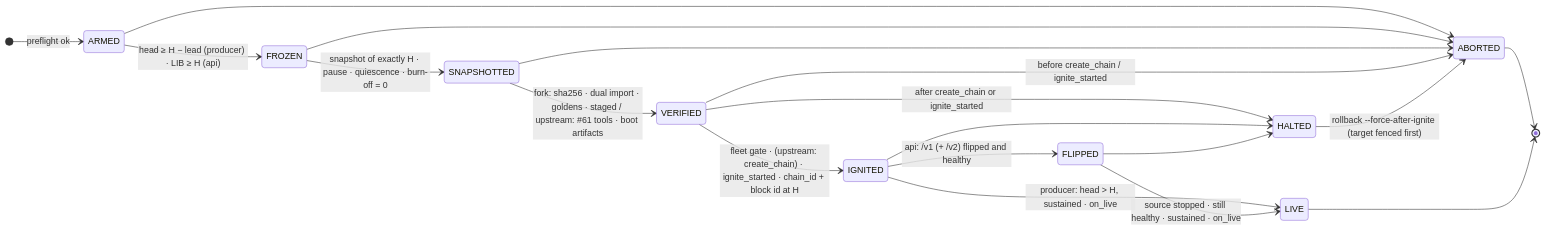
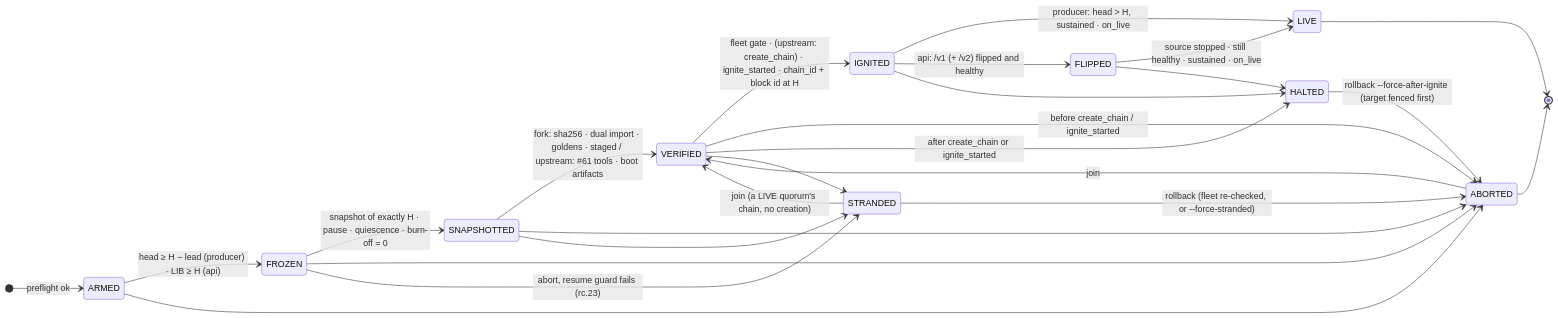
The diagram in docs/DESIGN.md (paulgnz/pulse-cutover), drawn with Mermaid before and after one commit. The commit also changed other lines of this file and 26 other files, not shown here.

````diff
--- a/docs/DESIGN.md
+++ b/docs/DESIGN.md
@@ -70,22 +70,28 @@
 ```mermaid
 stateDiagram-v2
     direction LR
     [*] --> ARMED: preflight ok
     ARMED --> FROZEN: head ≥ H − lead (producer) · LIB ≥ H (api)
     FROZEN --> SNAPSHOTTED: snapshot of exactly H · pause · quiescence · burn-off = 0
     SNAPSHOTTED --> VERIFIED: fork: sha256 · dual import · goldens · staged / upstream: #61 tools · boot artifacts
     VERIFIED --> IGNITED: fleet gate · (upstream: create_chain) · ignite_started · chain_id + block id at H
     IGNITED --> LIVE: producer: head > H, sustained · on_live
     IGNITED --> FLIPPED: api: /v1 (+ /v2) flipped and healthy
     FLIPPED --> LIVE: source stopped · still healthy · sustained · on_live
     ARMED --> ABORTED
     FROZEN --> ABORTED
     SNAPSHOTTED --> ABORTED
     VERIFIED --> ABORTED: before create_chain / ignite_started
     VERIFIED --> HALTED: after create_chain or ignite_started
     IGNITED --> HALTED
     FLIPPED --> HALTED
     HALTED --> ABORTED: rollback --force-after-ignite (target fenced first)
+    FROZEN --> STRANDED: abort, resume guard fails (rc.23)
+    SNAPSHOTTED --> STRANDED
+    VERIFIED --> STRANDED
+    STRANDED --> ABORTED: rollback (fleet re-checked, or --force-stranded)
+    STRANDED --> VERIFIED: join (a LIVE quorum's chain, no creation)
+    ABORTED --> VERIFIED: join
     ABORTED --> [*]
     LIVE --> [*]
 ```
````
